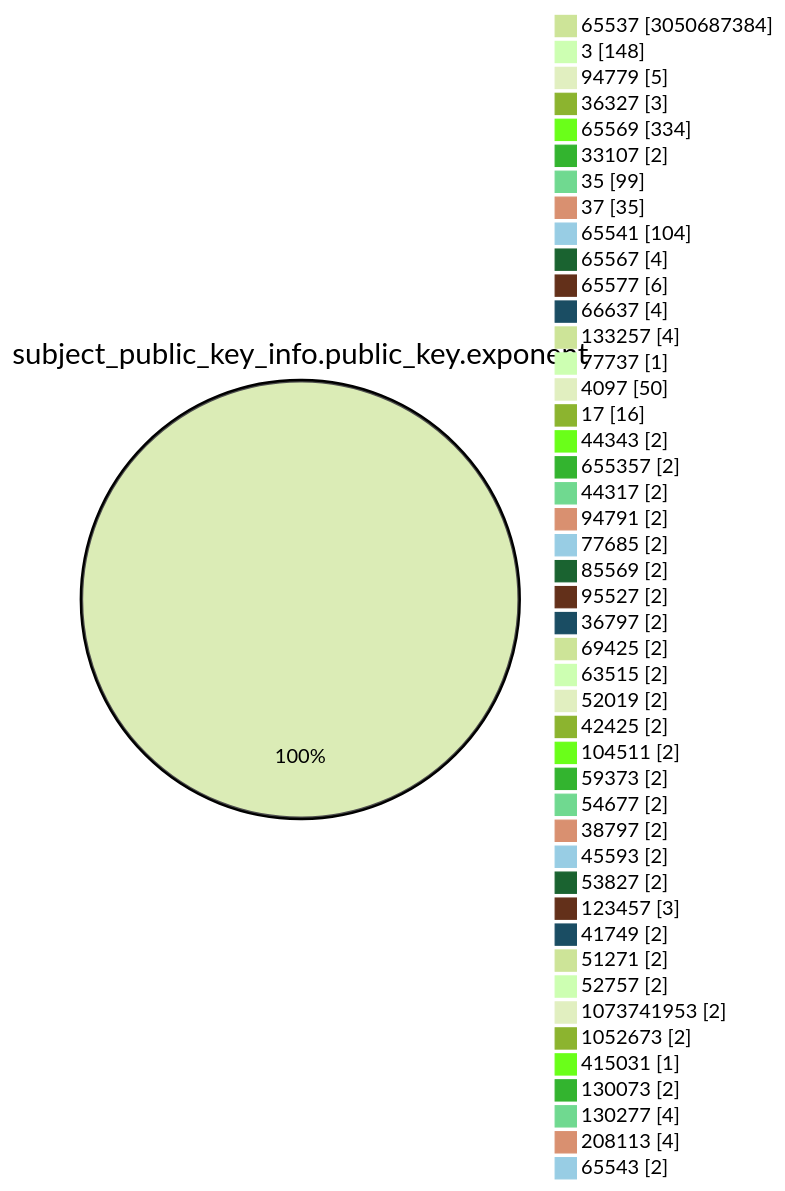
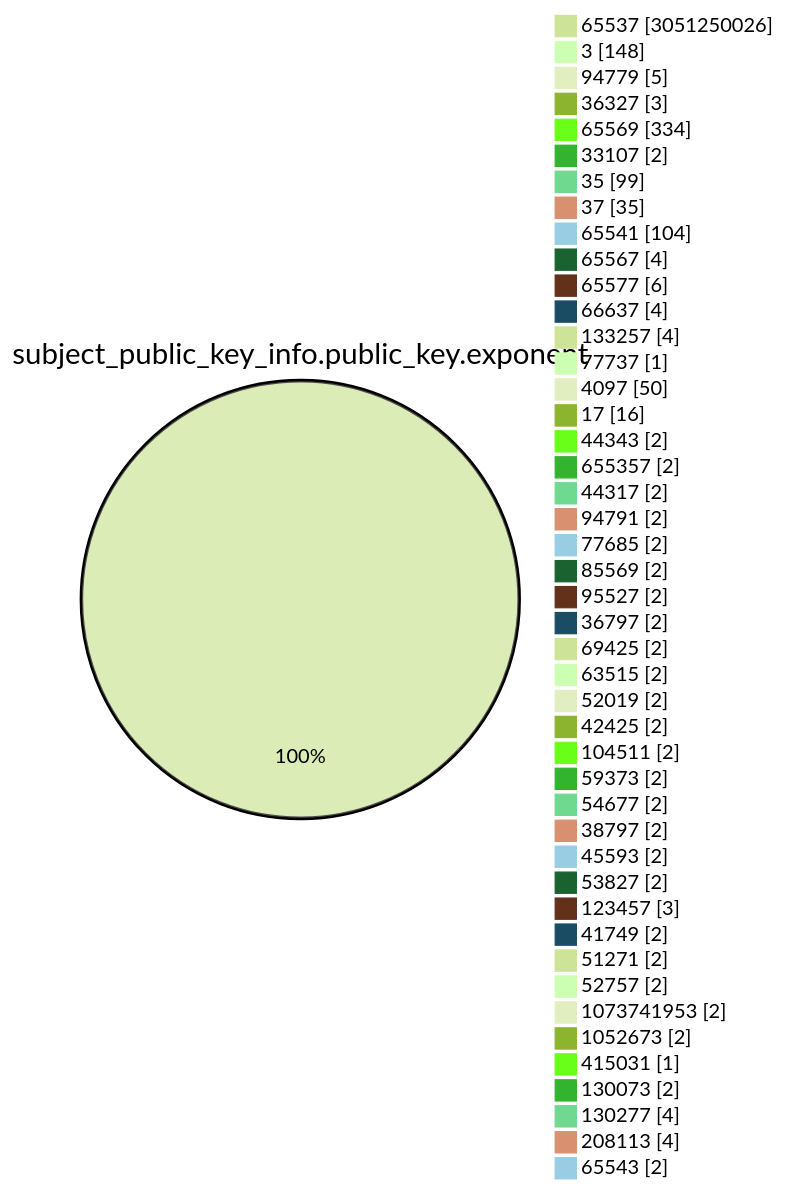
One commit to christiankrug/ctmonitor_visualization changed the fourth of 15 diagrams in TOTAL/README.md. Above: the diagram before and after it, drawn with Mermaid (forest theme). The commit also changed other lines of this file, not shown here.

````diff
--- a/TOTAL/README.md
+++ b/TOTAL/README.md
@@ -1473,49 +1473,49 @@
 ```mermaid
 pie showData
 title subject_public_key_info.public_key.exponent
-"65537" :3050687384
+"65537" :3051250026
 "3" :148
 "94779" :5
 "36327" :3
 "65569" :334
 "33107" :2
 "35" :99
 "37" :35
 "65541" :104
 "65567" :4
 "65577" :6
 "66637" :4
 "133257" :4
 "77737" :1
 "4097" :50
 "17" :16
 "44343" :2
 "655357" :2
 "44317" :2
 "94791" :2
 "77685" :2
 "85569" :2
 "95527" :2
 "36797" :2
 "69425" :2
 "63515" :2
 "52019" :2
 "42425" :2
 "104511" :2
 "59373" :2
 "54677" :2
 "38797" :2
 "45593" :2
 "53827" :2
 "123457" :3
 "41749" :2
 "51271" :2
 "52757" :2
 "1073741953" :2
 "1052673" :2
 "415031" :1
 "130073" :2
 "130277" :4
 "208113" :4
 "65543" :2
 ```
````
